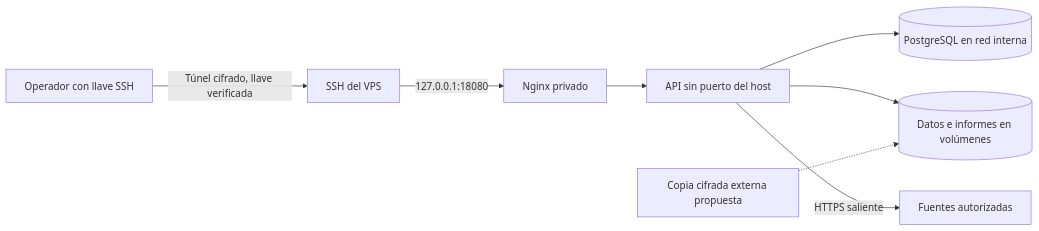
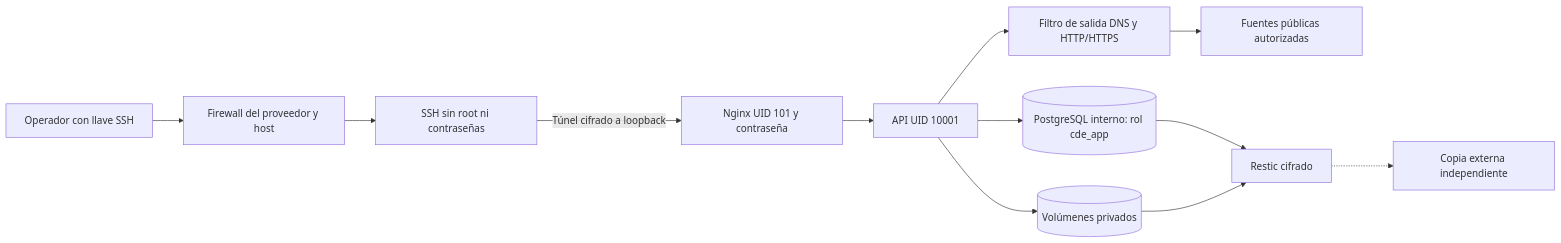
The diagram in deploy/vps/README.md (sr-maximus/CyberDecisionEngine), drawn with Mermaid before and after one commit. The commit also changed other lines of this file and 10 other files, not shown here.

````diff
--- a/deploy/vps/README.md
+++ b/deploy/vps/README.md
@@ -10,10 +9,14 @@
 ```mermaid
 flowchart LR
-  Owner[Operador con llave SSH] -->|Túnel cifrado, llave verificada| SSH[SSH del VPS]
-  SSH -->|127.0.0.1:18080| Web[Nginx privado]
-  Web --> API[API sin puerto del host]
-  API --> DB[(PostgreSQL en red interna)]
-  API --> State[(Datos e informes en volúmenes)]
-  API -->|HTTPS saliente| Public[Fuentes autorizadas]
-  Backup[Copia cifrada externa propuesta] -.-> State
+  Owner[Operador con llave SSH] --> FW[Firewall del proveedor y host]
+  FW --> SSH[SSH sin root ni contraseñas]
+  SSH -->|Túnel cifrado a loopback| Web[Nginx UID 101 y contraseña]
+  Web --> API[API UID 10001]
+  API --> DB[(PostgreSQL interno: rol cde_app)]
+  API --> State[(Volúmenes privados)]
+  API --> Filter[Filtro de salida DNS y HTTP/HTTPS]
+  Filter --> Public[Fuentes públicas autorizadas]
+  DB --> Backup[Restic cifrado]
+  State --> Backup
+  Backup -.-> External[Copia externa independiente]
 ```
````
